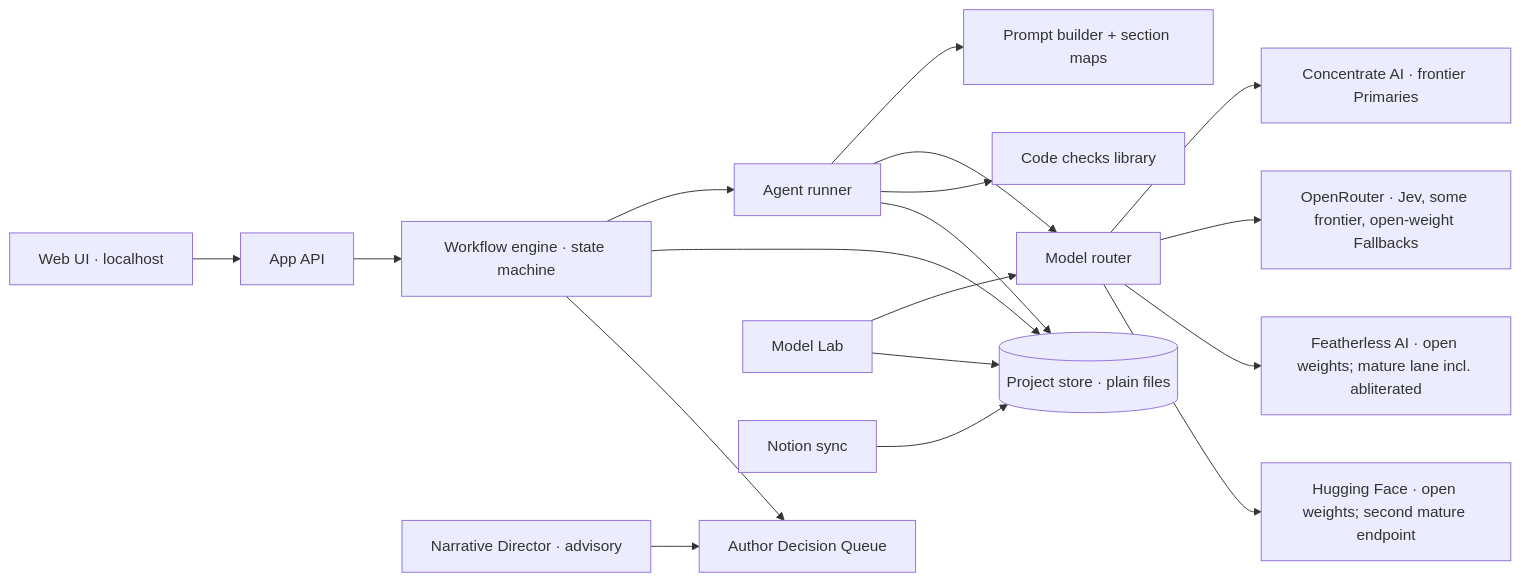
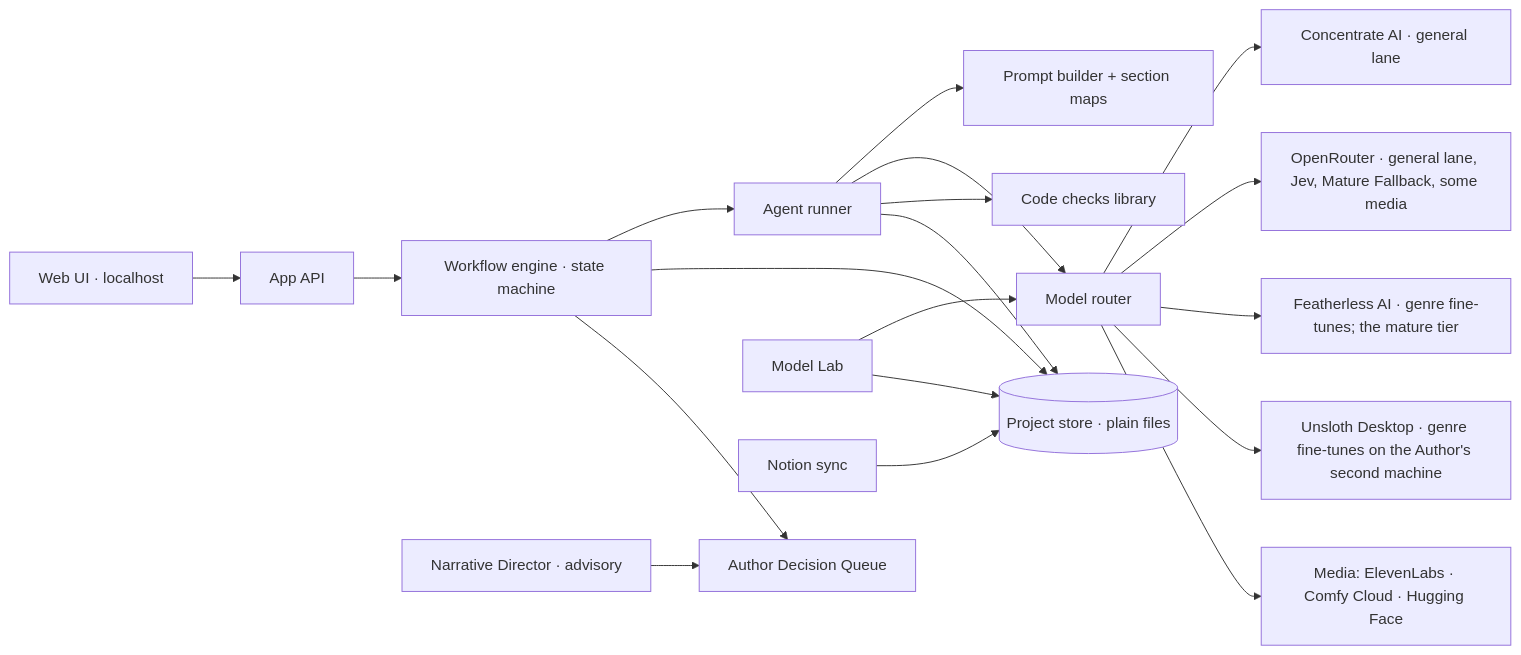
Before and after one commit to gracie007-cloud/writing-EOS: the diagram in docs/WRITING_EOS_REQUIREMENTS_AND_ARCHITECTURE.md, drawn with Mermaid. The commit also changed other lines of this file and 1 other file, not shown here.

````diff
--- a/docs/WRITING_EOS_REQUIREMENTS_AND_ARCHITECTURE.md
+++ b/docs/WRITING_EOS_REQUIREMENTS_AND_ARCHITECTURE.md
@@ -709,20 +711,21 @@
 ```mermaid
 graph LR
   UI[Web UI · localhost] --> API[App API]
   API --> WF[Workflow engine · state machine]
   WF --> AG[Agent runner]
   AG --> PB[Prompt builder + section maps]
   AG --> RT[Model router]
-  RT --> CA[Concentrate AI · frontier Primaries]
-  RT --> OR[OpenRouter · Jev, some frontier, open-weight Fallbacks]
-  RT --> FL[Featherless AI · open weights; mature lane incl. abliterated]
-  RT --> HF[Hugging Face · open weights; second mature endpoint]
+  RT --> CA[Concentrate AI · general lane]
+  RT --> OR[OpenRouter · general lane, Jev, Mature Fallback, some media]
+  RT --> FL[Featherless AI · genre fine-tunes; the mature tier]
+  RT --> UD[Unsloth Desktop · genre fine-tunes on the Author's second machine]
+  RT --> MD[Media: ElevenLabs · Comfy Cloud · Hugging Face]
   AG --> CK[Code checks library]
   WF --> ST[(Project store · plain files)]
   AG --> ST
   WF --> DQ[Author Decision Queue]
   ML[Model Lab] --> RT
   ML --> ST
   NS[Notion sync] --> ST
   ND[Narrative Director · advisory] --> DQ
 ```
````
